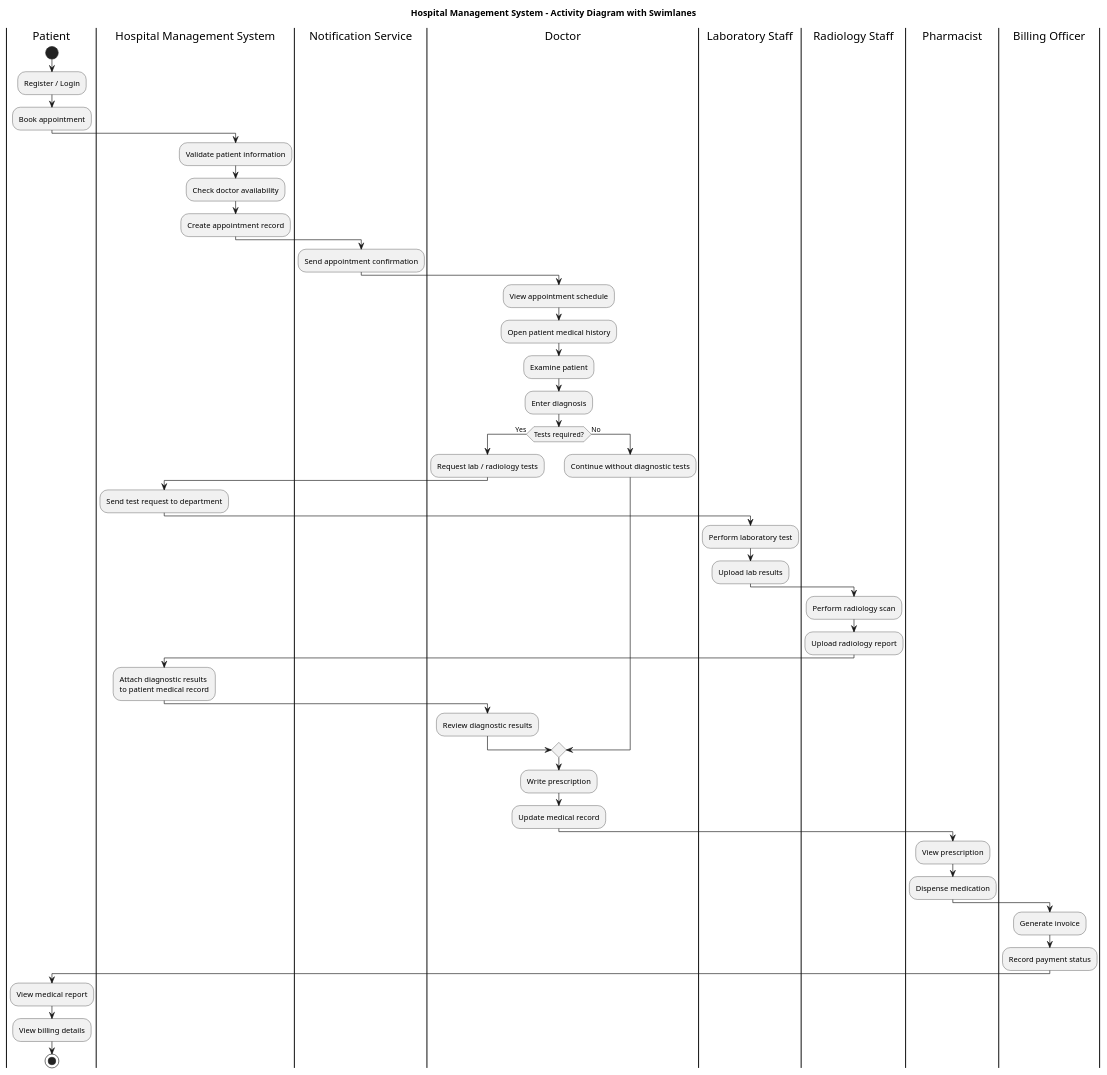
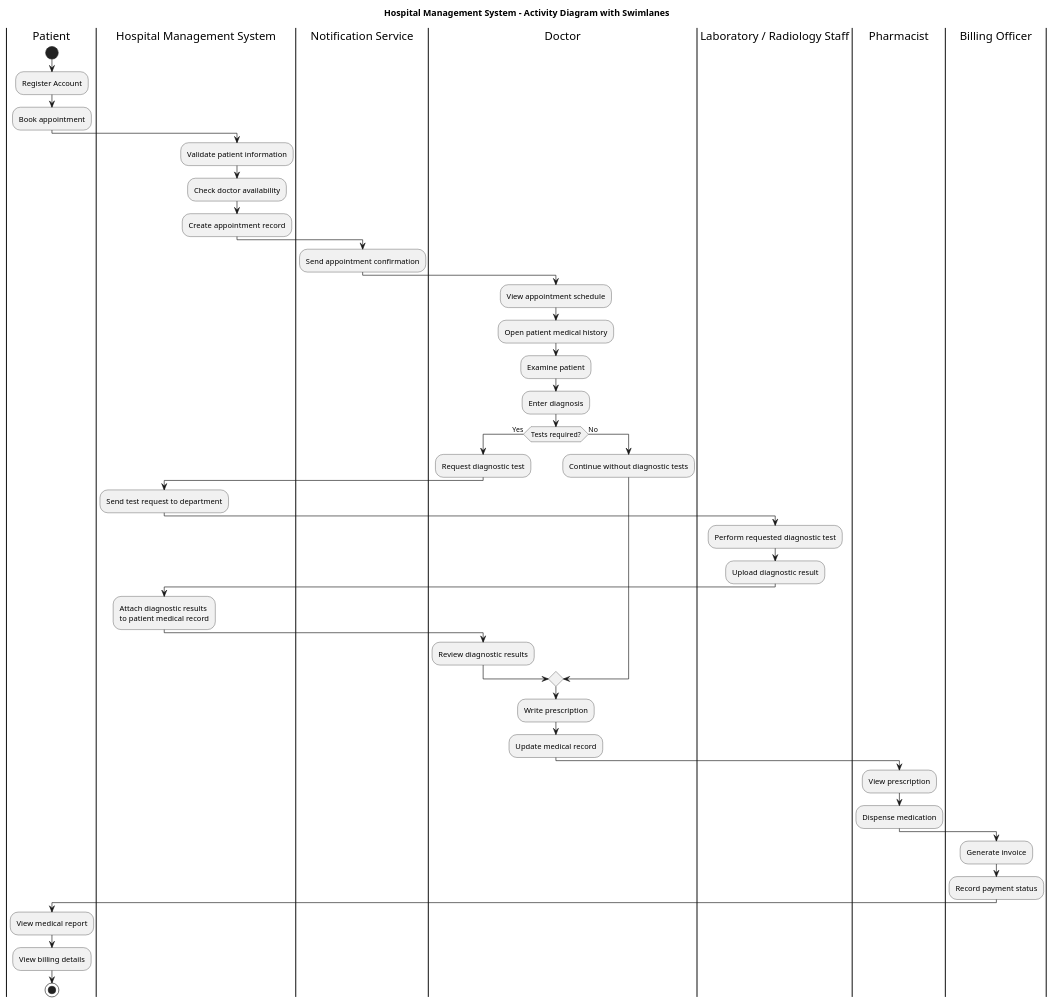
Before and after one commit to hamztion/Software_Project_Group8: the diagram in uml/activity_diagram.puml, drawn with PlantUML. The commit also changed 1 other file, not shown here.

Commit message:
Update activity diagram diagnostic workflow

```diff
--- a/uml/activity_diagram.puml
+++ b/uml/activity_diagram.puml
@@ -1,67 +1,63 @@
 @startuml
 title Hospital Management System - Activity Diagram with Swimlanes
 
 |Patient|
 start
-:Register / Login;
+:Register Account;
 :Book appointment;
 
 |Hospital Management System|
 :Validate patient information;
 :Check doctor availability;
 :Create appointment record;
 
 |Notification Service|
 :Send appointment confirmation;
 
 |Doctor|
 :View appointment schedule;
 :Open patient medical history;
 :Examine patient;
 :Enter diagnosis;
 
 if (Tests required?) then (Yes)
 
   |Doctor|
-  :Request lab / radiology tests;
+  :Request diagnostic test;
 
   |Hospital Management System|
   :Send test request to department;
 
-  |Laboratory Staff|
-  :Perform laboratory test;
-  :Upload lab results;
-
-  |Radiology Staff|
-  :Perform radiology scan;
-  :Upload radiology report;
+  |Laboratory / Radiology Staff|
+  :Perform requested diagnostic test;
+  :Upload diagnostic result;
 
   |Hospital Management System|
   :Attach diagnostic results\nto patient medical record;
 
   |Doctor|
   :Review diagnostic results;
 
 else (No)
-    |Doctor|
-    :Continue without diagnostic tests;
+  |Doctor|
+  :Continue without diagnostic tests;
 endif
 
 |Doctor|
 :Write prescription;
 :Update medical record;
 
 |Pharmacist|
 :View prescription;
 :Dispense medication;
 
 |Billing Officer|
 :Generate invoice;
 :Record payment status;
 
 |Patient|
 :View medical report;
 :View billing details;
 
 stop
 @enduml
```
